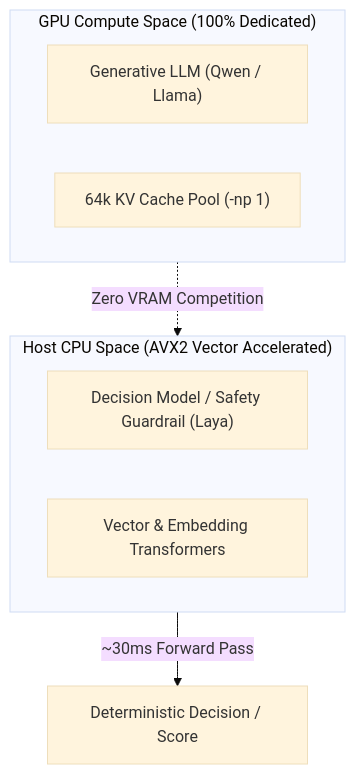
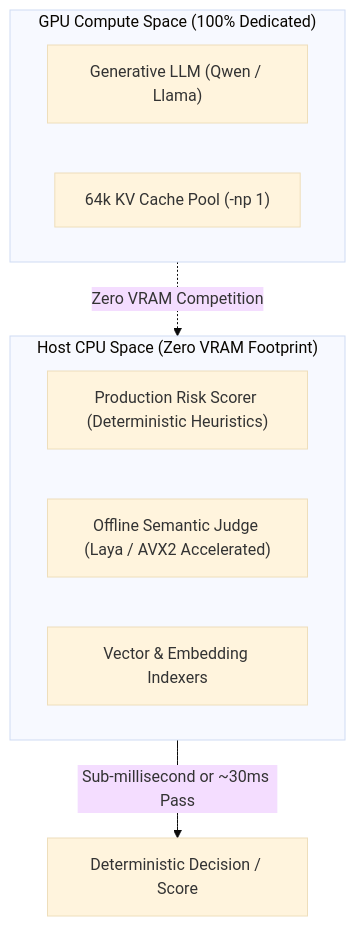
Before and after one commit to boggycreek/lokol: the diagram in doc/adr/0020-cpu-avx2-offload-strategy-for-auxiliary-decision-models.md, drawn with Mermaid (base theme). The commit also changed other lines of this file and 6 other files, not shown here.

````diff
--- a/doc/adr/0020-cpu-avx2-offload-strategy-for-auxiliary-decision-models.md
+++ b/doc/adr/0020-cpu-avx2-offload-strategy-for-auxiliary-decision-models.md
@@ -38,15 +38,16 @@
 ```mermaid
 flowchart TD
     subgraph GPUCompute ["GPU Compute Space (100% Dedicated)"]
         LLM["Generative LLM (Qwen / Llama)"]
         KVCache["64k KV Cache Pool (-np 1)"]
     end
 
-    subgraph HostCPU ["Host CPU Space (AVX2 Vector Accelerated)"]
-        Guardrail["Decision Model / Safety Guardrail (Laya)"]
-        MemoryIndexer["Vector & Embedding Transformers"]
+    subgraph HostCPU ["Host CPU Space (Zero VRAM Footprint)"]
+        ProdScorer["Production Risk Scorer (Deterministic Heuristics)"]
+        OfflineJudge["Offline Semantic Judge (Laya / AVX2 Accelerated)"]
+        MemoryIndexer["Vector & Embedding Indexers"]
     end
 
     GPUCompute -.->|Zero VRAM Competition| HostCPU
-    HostCPU -->|~30ms Forward Pass| Result["Deterministic Decision / Score"]
+    HostCPU -->|Sub-millisecond or ~30ms Pass| Result["Deterministic Decision / Score"]
 ```
````
